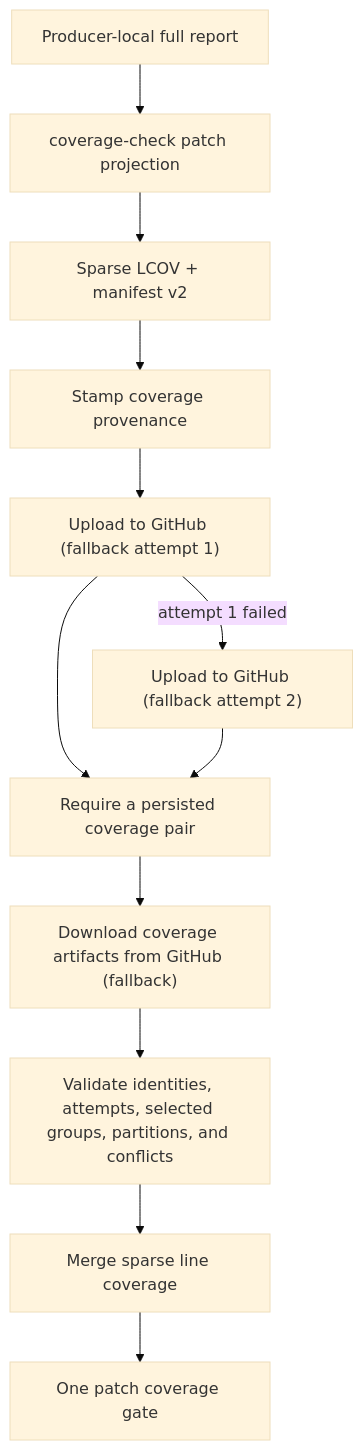
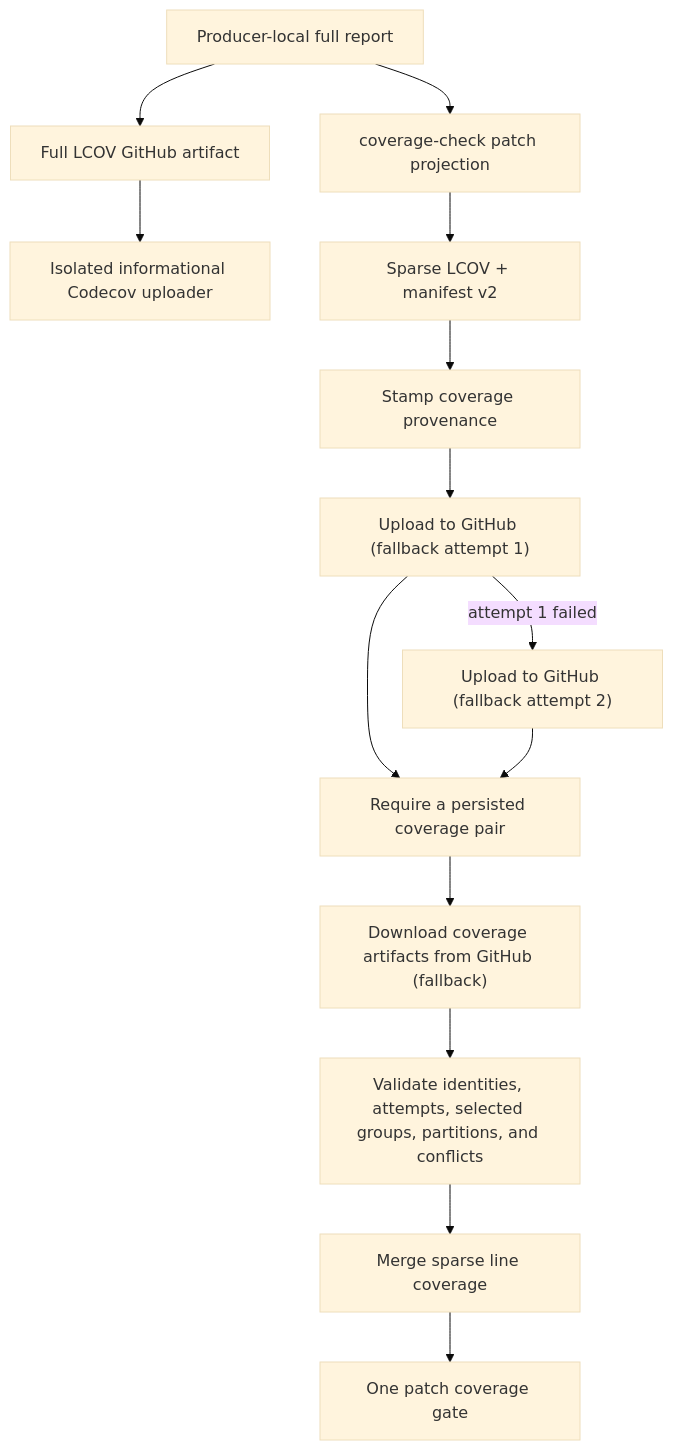
Before and after one commit to vouchington/vouchington: the diagram in .github/workflows/COVERAGE.md, drawn with Mermaid (base theme). The commit also changed other lines of this file and 16 other files, not shown here.

````diff
--- a/.github/workflows/COVERAGE.md
+++ b/.github/workflows/COVERAGE.md
@@ -38,14 +46,16 @@
 ```mermaid
 flowchart TD
   Full["Producer-local full report"] --> Project["coverage-check patch projection"]
+  Full --> FullArtifact["Full LCOV GitHub artifact"]
+  FullArtifact --> Codecov["Isolated informational Codecov uploader"]
   Project --> Pair["Sparse LCOV + manifest v2"]
   Pair --> Stamp["Stamp coverage provenance"]
   Stamp --> Attempt1["Upload to GitHub (fallback attempt 1)"]
   Attempt1 -->|attempt 1 failed| Attempt2["Upload to GitHub (fallback attempt 2)"]
   Attempt1 --> Outcome["Require a persisted coverage pair"]
   Attempt2 --> Outcome
   Outcome --> Download["Download coverage artifacts from GitHub (fallback)"]
   Download --> Validate["Validate identities, attempts, selected groups, partitions, and conflicts"]
   Validate --> Merge["Merge sparse line coverage"]
   Merge --> Gate["One patch coverage gate"]
 ```
````
